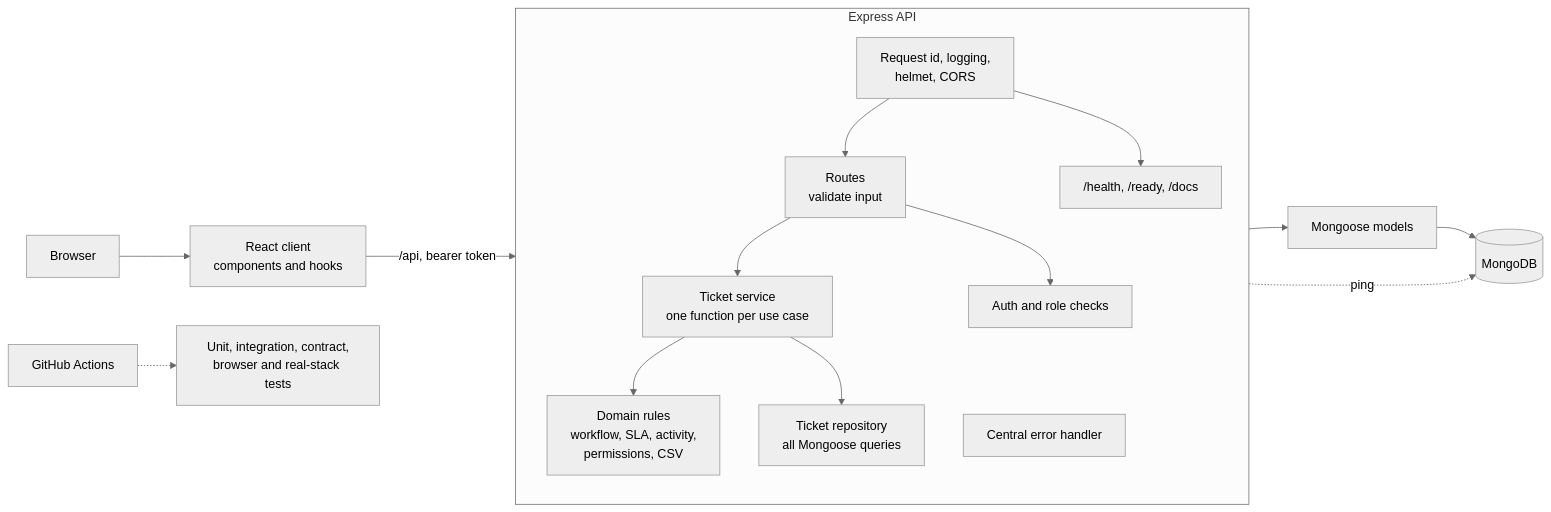
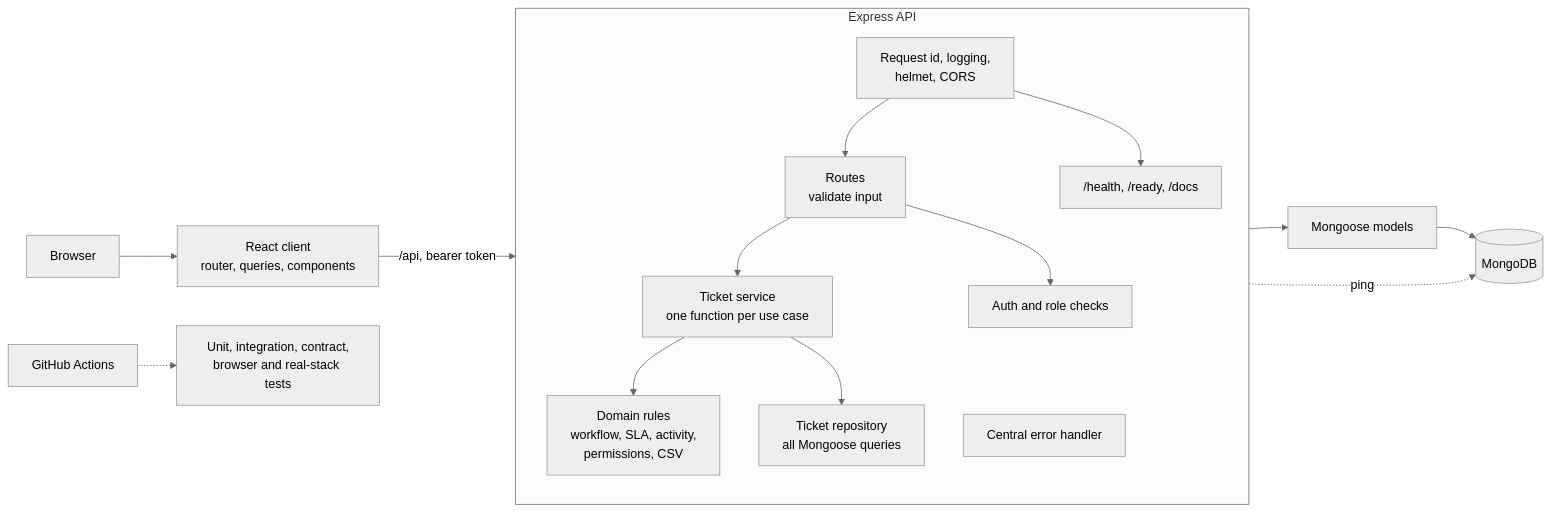
Before and after one commit to proyneon-hub/it-ticketing-system: the first of 3 diagrams in docs/ARCHITECTURE.md, drawn with Mermaid (neutral theme). The commit also changed other lines of this file and 4 other files, not shown here.

````diff
--- a/docs/ARCHITECTURE.md
+++ b/docs/ARCHITECTURE.md
@@ -7,21 +7,21 @@
 ```mermaid
 flowchart LR
-  User[Browser] --> Client[React client<br/>components and hooks]
+  User[Browser] --> Client[React client<br/>router, queries, components]
   Client -->|/api, bearer token| Edge
 
   subgraph API[Express API]
     direction TB
     Edge[Request id, logging,<br/>helmet, CORS] --> Routes[Routes<br/>validate input]
     Routes --> Services[Ticket service<br/>one function per use case]
     Routes --> Auth[Auth and role checks]
     Services --> Domain[Domain rules<br/>workflow, SLA, activity,<br/>permissions, CSV]
     Services --> Repo[Ticket repository<br/>all Mongoose queries]
     Edge --> Ops["/health, /ready, /docs"]
     Errors[Central error handler]
   end
 
   Repo --> Models[Mongoose models]
   Models --> DB[(MongoDB)]
   Ops -.->|ping| DB
   CI[GitHub Actions] -.-> Tests[Unit, integration, contract,<br/>browser and real-stack tests]
 ```
````
